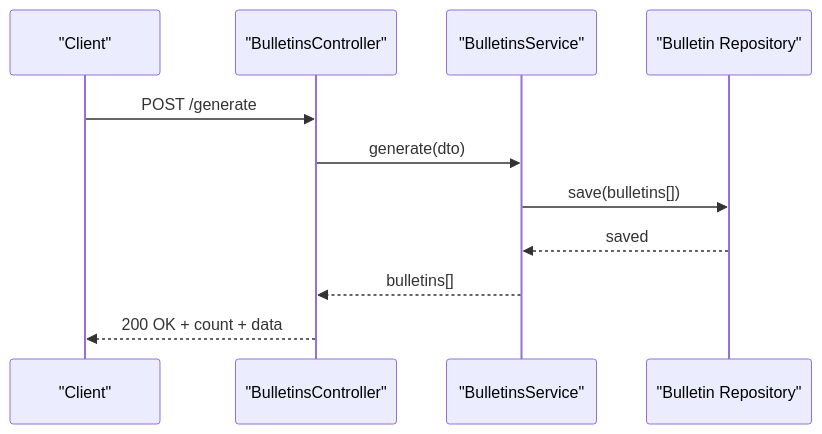
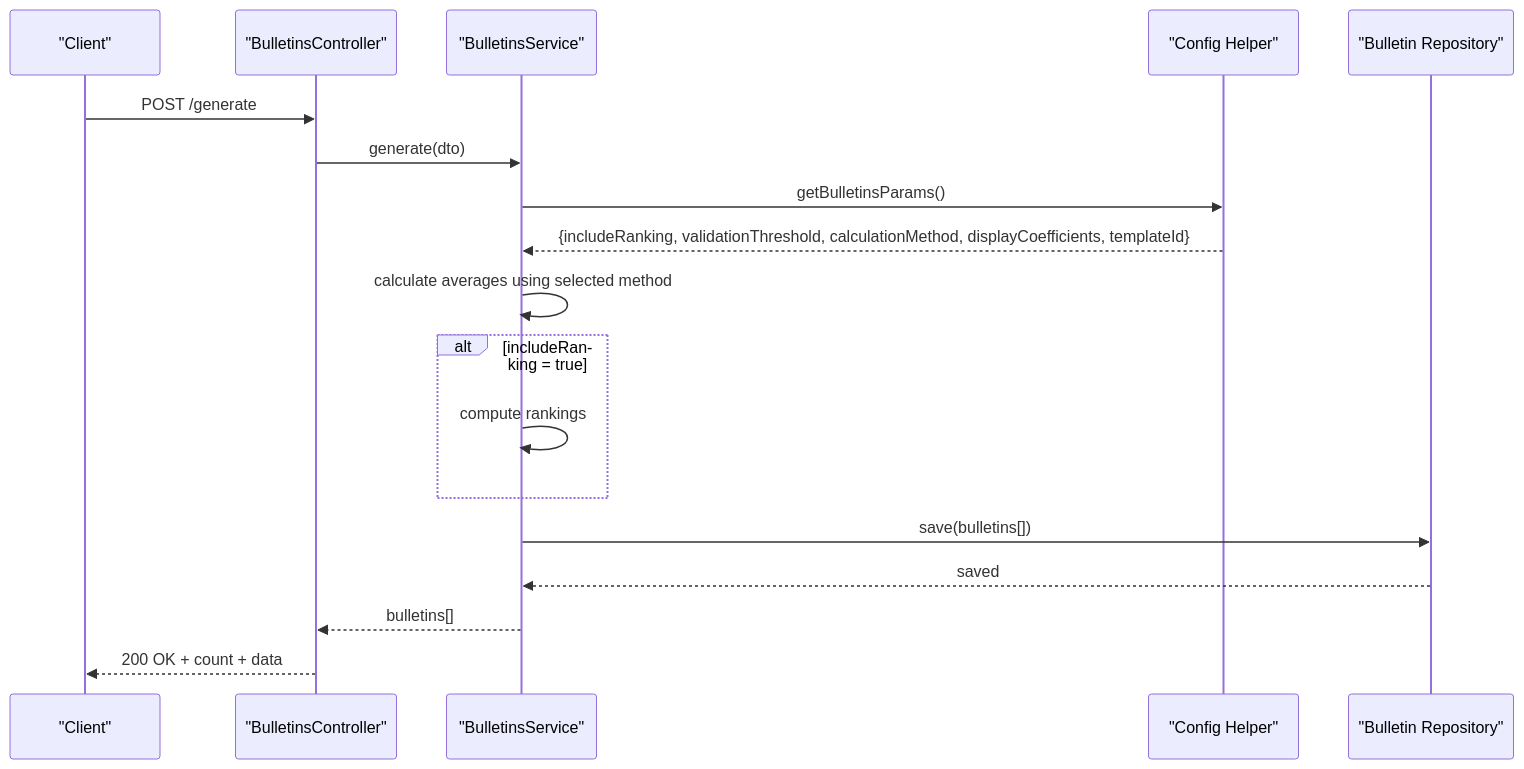
The ninth of 11 diagrams in .qoder/repowiki/en/content/Modules & Features/Academic Modules/Academic Modules.md (franckylab/eLISAschool), drawn with Mermaid before and after one commit. The commit also changed other lines of this file and 155 other files, not shown here.

````diff
--- a/.qoder/repowiki/en/content/Modules & Features/Academic Modules/Academic Modules.md
+++ b/.qoder/repowiki/en/content/Modules & Features/Academic Modules/Academic Modules.md
@@ -522,13 +558,20 @@
 ```mermaid
 sequenceDiagram
 participant Client as "Client"
 participant Ctrl as "BulletinsController"
 participant Svc as "BulletinsService"
+participant Cfg as "Config Helper"
 participant Repo as "Bulletin Repository"
 Client->>Ctrl : POST /generate
 Ctrl->>Svc : generate(dto)
+Svc->>Cfg : getBulletinsParams()
+Cfg-->>Svc : {includeRanking, validationThreshold, calculationMethod, displayCoefficients, templateId}
+Svc->>Svc : calculate averages using selected method
+alt includeRanking = true
+Svc->>Svc : compute rankings
+end
 Svc->>Repo : save(bulletins[])
 Repo-->>Svc : saved
 Svc-->>Ctrl : bulletins[]
 Ctrl-->>Client : 200 OK + count + data
 ```
````
